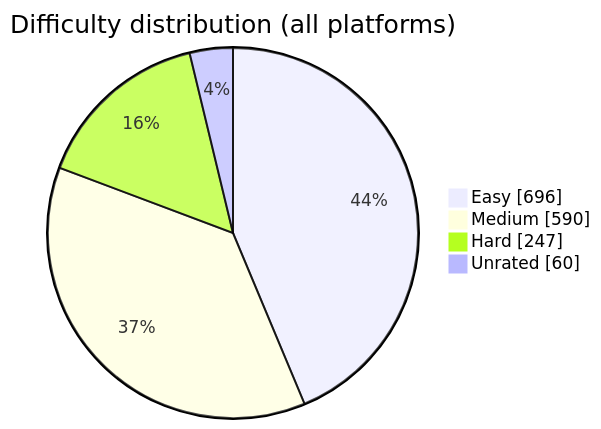
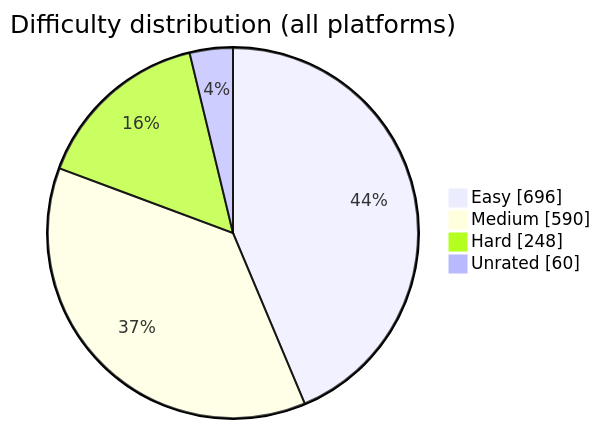
One commit to BuildbyArindam/Daily-Coding-Log changed the diagram in README.md. Above: the diagram before and after it, drawn with Mermaid. The commit also changed other lines of this file, not shown here.

````diff
--- a/README.md
+++ b/README.md
@@ -93,7 +93,7 @@
 ```mermaid
 pie showData title Difficulty distribution (all platforms)
     "Easy" : 696
     "Medium" : 590
-    "Hard" : 247
+    "Hard" : 248
     "Unrated" : 60
 ```
````
